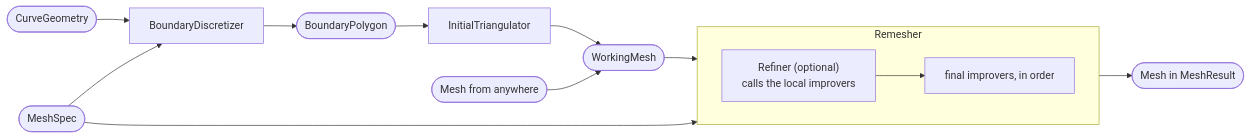
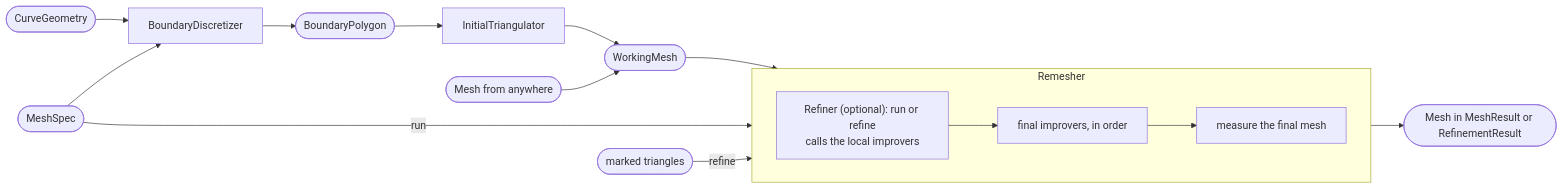
The ninth of 12 diagrams in docs/architecture.md (dmglushko/2d-pde), drawn with Mermaid before and after one commit. The commit also changed other lines of this file and 1 other file, not shown here.

Commit message:
Document shared refiners, Remesher::refine, parents and mesh properties

````diff
--- a/docs/architecture.md
+++ b/docs/architecture.md
@@ -398,25 +399,28 @@
 ```mermaid
 flowchart LR
     G([CurveGeometry])
     SPEC([MeshSpec])
     DISC[BoundaryDiscretizer]
     BP([BoundaryPolygon])
     TRI[InitialTriangulator]
     WM([WorkingMesh])
     M0([Mesh from anywhere])
-    M([Mesh in MeshResult])
+    M([Mesh in MeshResult or RefinementResult])
 
     G --> DISC
     SPEC --> DISC
     DISC --> BP --> TRI --> WM
+    MK([marked triangles])
     M0 --> WM
     subgraph Remesher
         direction LR
-        REF["Refiner (optional)<br/>calls the local improvers"]
+        REF["Refiner (optional): run or refine<br/>calls the local improvers"]
         FIN["final improvers, in order"]
-        REF --> FIN
+        MEAS["measure the final mesh"]
+        REF --> FIN --> MEAS
     end
     WM --> REF
-    SPEC --> REF
-    FIN --> M
+    SPEC -- run --> REF
+    MK -- refine --> REF
+    MEAS --> M
 ```
````
